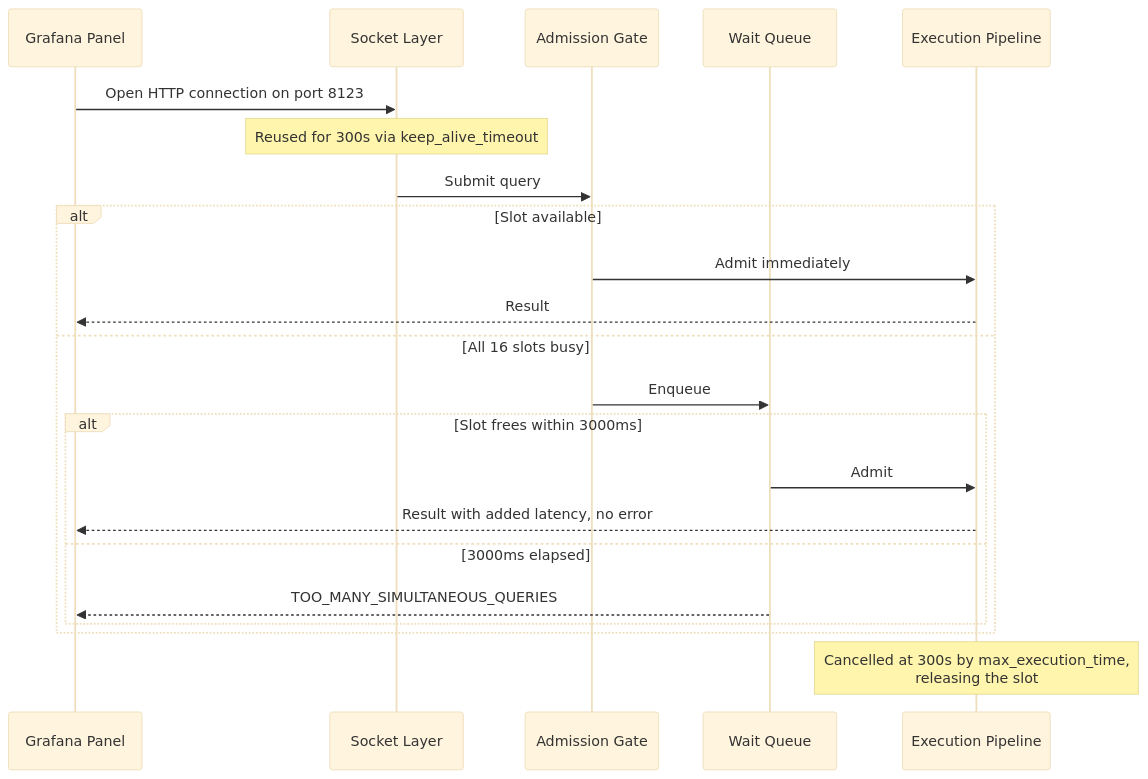
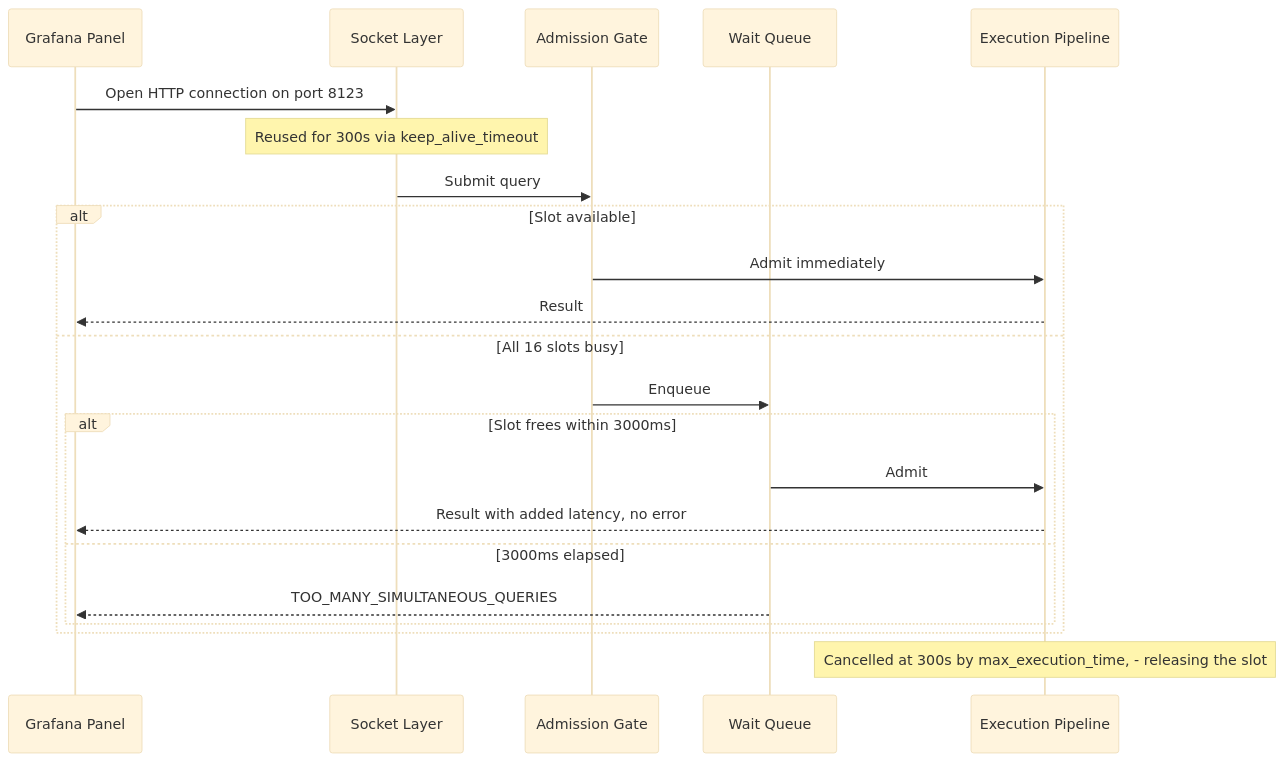
Before and after one commit to Chief-Strategist-J/llm-obs-infra: the sixth of 17 diagrams in docs/configDoc/clickhouse-configuration-guide.md, drawn with Mermaid (base theme). The commit also changed other lines of this file, not shown here.

First line of the commit message:
fix(clickhouse-docs): repair Mermaid rendering, colour all diagrams, strip pseudocode comments

````diff
--- a/docs/configDoc/clickhouse-configuration-guide.md
+++ b/docs/configDoc/clickhouse-configuration-guide.md
@@ -758,25 +831,25 @@
 ```mermaid
 sequenceDiagram
     participant G as Grafana Panel
     participant S as Socket Layer
     participant A as Admission Gate
     participant Q as Wait Queue
     participant E as Execution Pipeline
 
     G->>S: Open HTTP connection on port 8123
     Note over S: Reused for 300s via keep_alive_timeout
     S->>A: Submit query
     alt Slot available
         A->>E: Admit immediately
         E-->>G: Result
     else All 16 slots busy
         A->>Q: Enqueue
         alt Slot frees within 3000ms
             Q->>E: Admit
             E-->>G: Result with added latency, no error
         else 3000ms elapsed
             Q-->>G: TOO_MANY_SIMULTANEOUS_QUERIES
         end
     end
-    Note over E: Cancelled at 300s by max_execution_time,<br/>releasing the slot
+    Note over E: Cancelled at 300s by max_execution_time, - releasing the slot
 ```
````
